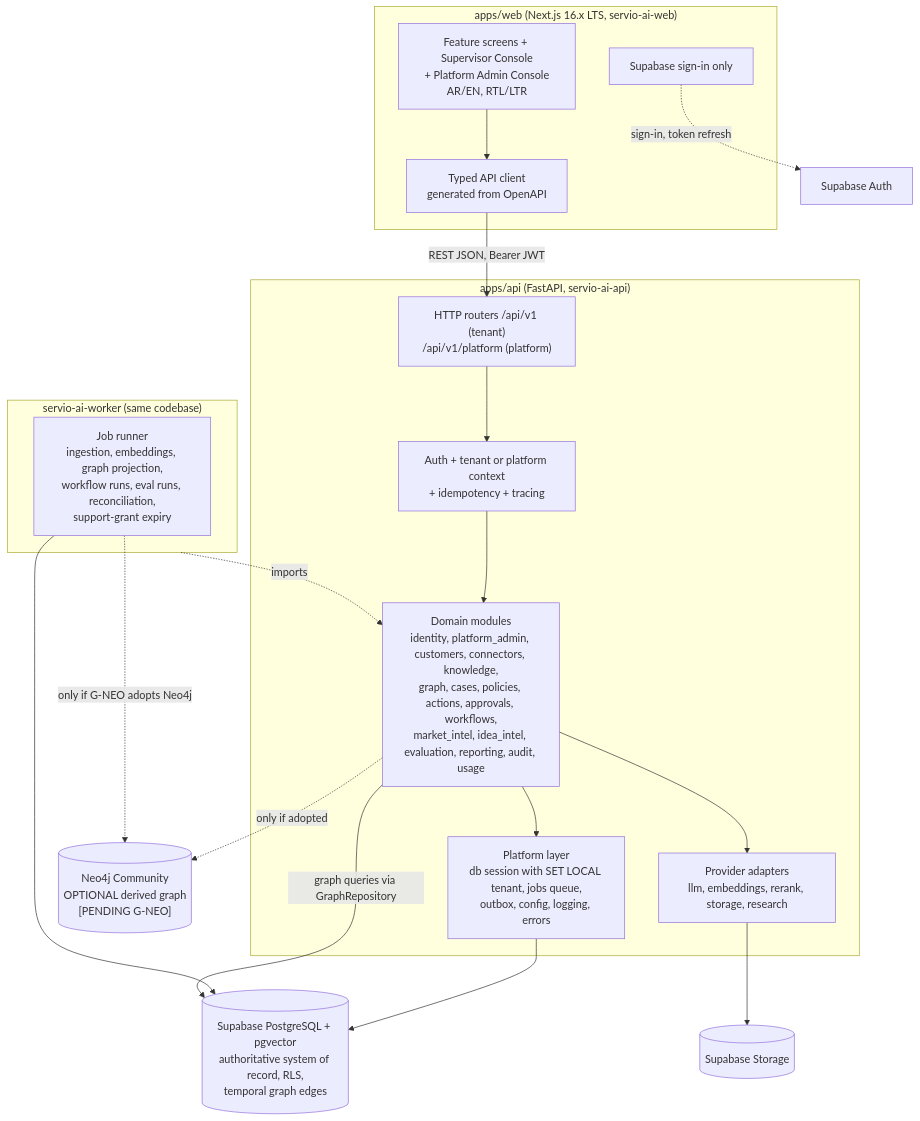
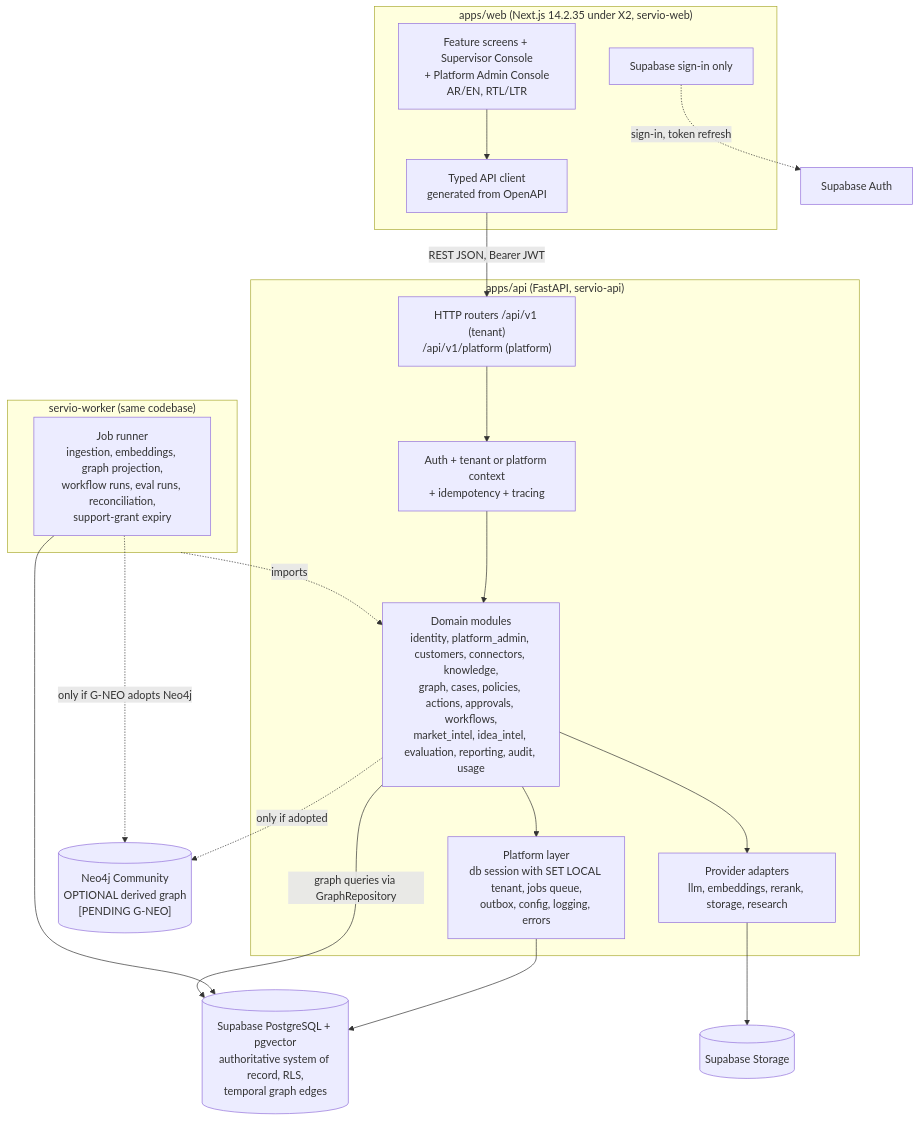
Before and after one commit to moamedmer68-commits/Servio: the third of 8 diagrams in docs/planning/MASTER_PLAN.md, drawn with Mermaid. The commit also changed other lines of this file and 2 other files, not shown here.

````diff
--- a/docs/planning/MASTER_PLAN.md
+++ b/docs/planning/MASTER_PLAN.md
@@ -740,28 +800,28 @@
 ```mermaid
 flowchart TB
-    subgraph WEB["apps/web (Next.js 16.x LTS, servio-ai-web)"]
+    subgraph WEB["apps/web (Next.js 14.2.35 under X2, servio-web)"]
         UI["Feature screens + Supervisor Console<br/>+ Platform Admin Console<br/>AR/EN, RTL/LTR"] --> APICL["Typed API client<br/>generated from OpenAPI"]
         AUTHC["Supabase sign-in only"]
     end
-    subgraph API["apps/api (FastAPI, servio-ai-api)"]
+    subgraph API["apps/api (FastAPI, servio-api)"]
         R["HTTP routers /api/v1 (tenant)<br/>/api/v1/platform (platform)"] --> MW["Auth + tenant or platform context<br/>+ idempotency + tracing"]
         MW --> DOM["Domain modules<br/>identity, platform_admin, customers, connectors, knowledge,<br/>graph, cases, policies, actions, approvals, workflows,<br/>market_intel, idea_intel, evaluation, reporting, audit, usage"]
         DOM --> PLAT["Platform layer<br/>db session with SET LOCAL tenant, jobs queue,<br/>outbox, config, logging, errors"]
         DOM --> PROV["Provider adapters<br/>llm, embeddings, rerank, storage, research"]
     end
-    subgraph WRK["servio-ai-worker (same codebase)"]
+    subgraph WRK["servio-worker (same codebase)"]
         J["Job runner<br/>ingestion, embeddings, graph projection,<br/>workflow runs, eval runs, reconciliation,<br/>support-grant expiry"]
     end
     PG[("Supabase PostgreSQL + pgvector<br/>authoritative system of record, RLS,<br/>temporal graph edges")]
     NEO[("Neo4j Community<br/>OPTIONAL derived graph<br/>[PENDING G-NEO]")]
     OBJ[("Supabase Storage")]
     APICL -->|REST JSON, Bearer JWT| R
     AUTHC -.->|sign-in, token refresh| SBA["Supabase Auth"]
     PLAT --> PG
     J --> PG
     J -.->|only if G-NEO adopts Neo4j| NEO
     DOM -->|graph queries via GraphRepository| PG
     DOM -.->|only if adopted| NEO
     PROV --> OBJ
     WRK -. imports .-> DOM
 ```
````
